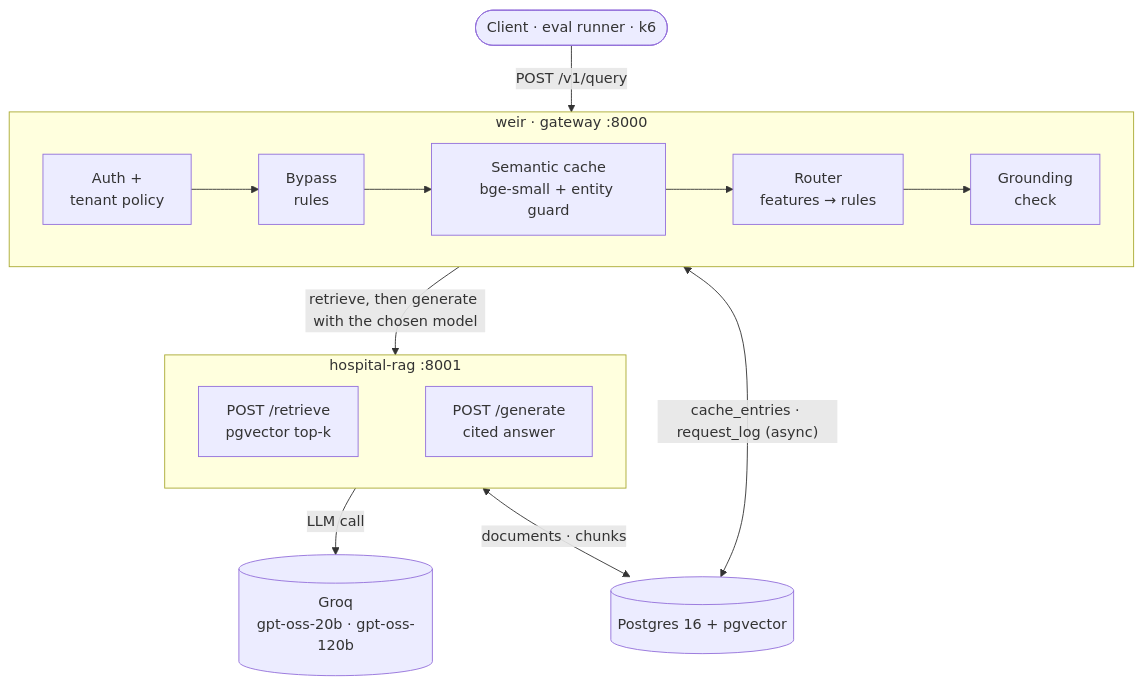
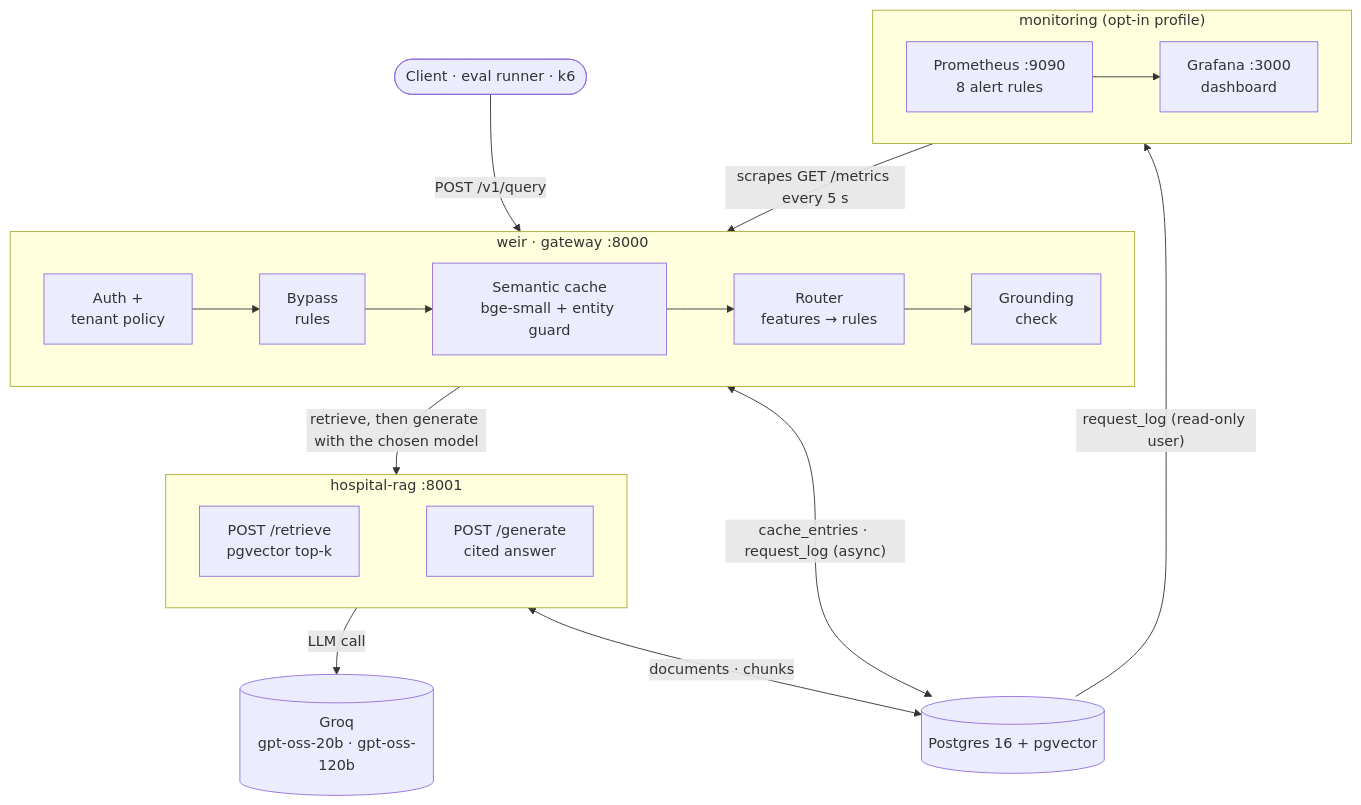
One commit to yatinannam/weir changed the first of 3 diagrams in README.md. Above: the diagram before and after it, drawn with Mermaid. The commit also changed other lines of this file and 3 other files, not shown here.

Commit message:
docs: Phase 4 README monitoring section, diagram, decisions D45-D46, backlog M7 resolved

````diff
--- a/README.md
+++ b/README.md
@@ -71,23 +71,30 @@
 ```mermaid
 flowchart TB
     client(["Client · eval runner · k6"])
 
     subgraph gw["weir · gateway :8000"]
         direction LR
         auth["Auth +<br/>tenant policy"] --> bypass["Bypass<br/>rules"] --> cache["Semantic cache<br/>bge-small + entity guard"] --> router["Router<br/>features → rules"] --> ground["Grounding<br/>check"]
     end
 
     subgraph rag["hospital-rag :8001"]
         direction LR
         retrieve["POST /retrieve<br/>pgvector top-k"] ~~~ generate["POST /generate<br/>cited answer"]
     end
 
     groq[("Groq<br/>gpt-oss-20b · gpt-oss-120b")]
     pg[("Postgres 16 + pgvector")]
 
+    subgraph mon["monitoring (opt-in profile)"]
+        direction LR
+        prom["Prometheus :9090<br/>8 alert rules"] --> graf["Grafana :3000<br/>dashboard"]
+    end
+
     client -- "POST /v1/query" --> gw
     gw -- "retrieve, then generate with the chosen model" --> rag
     rag -- "LLM call" --> groq
     gw <-- "cache_entries · request_log (async)" --> pg
     rag <-- "documents · chunks" --> pg
+    prom -- "scrapes GET /metrics every 5 s" --> gw
+    pg -- "request_log (read-only user)" --> graf
 ```
````
